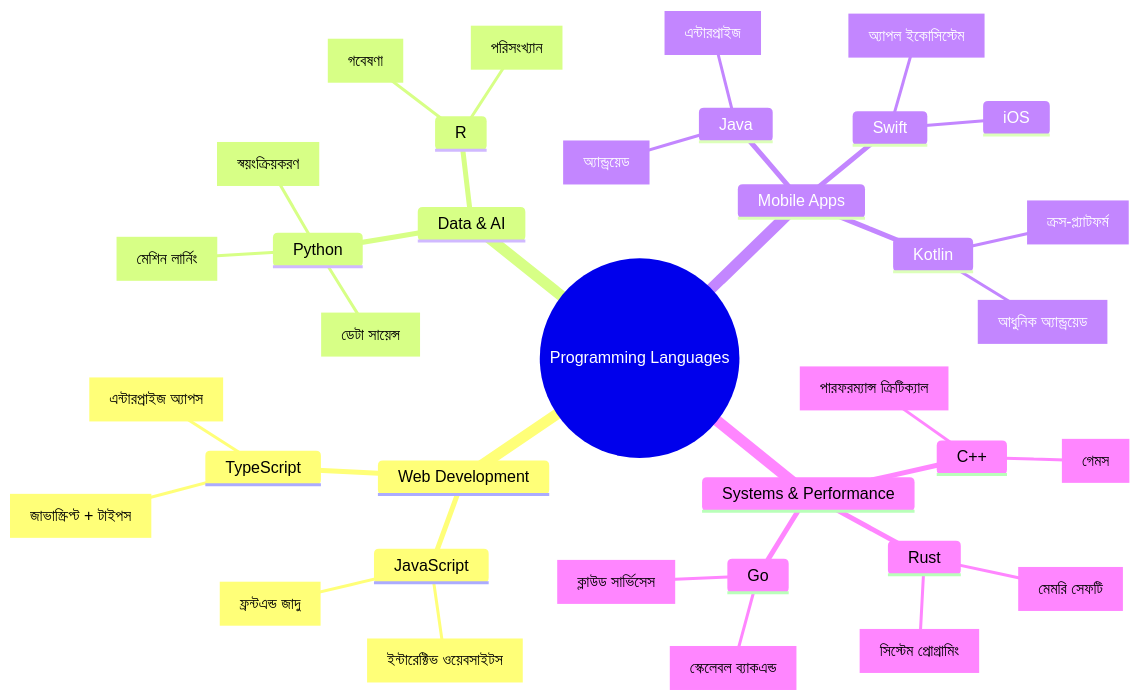
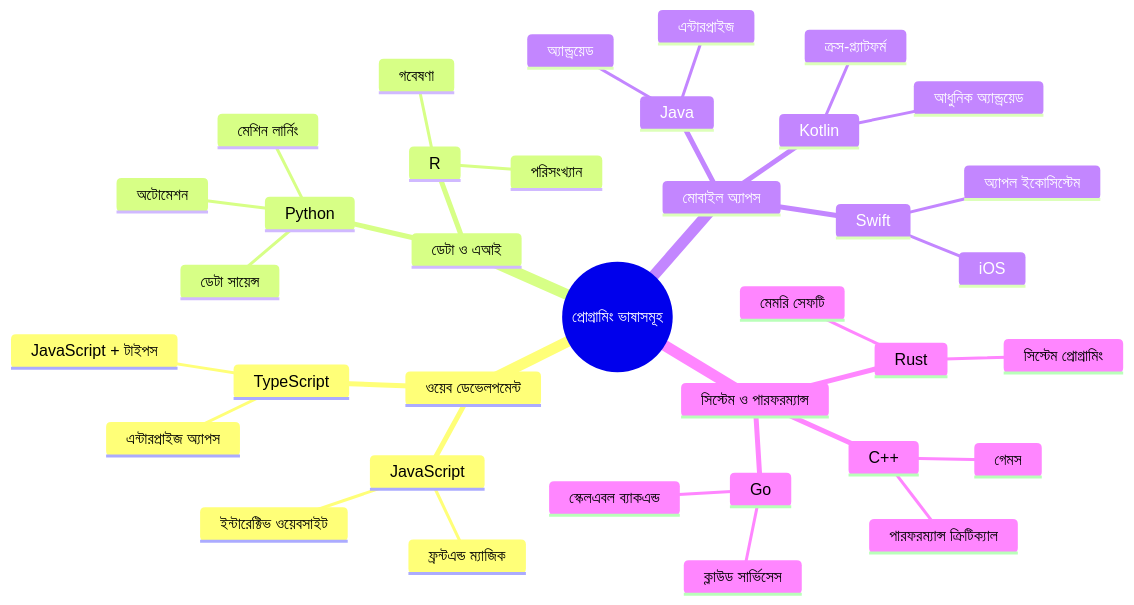
Before and after one commit to microsoft/Web-Dev-For-Beginners: the second of 7 diagrams in translations/bn/1-getting-started-lessons/1-intro-to-programming-languages/README.md, drawn with Mermaid. The commit also changed other lines of this file and 11 other files, not shown here.

````diff
--- a/translations/bn/1-getting-started-lessons/1-intro-to-programming-languages/README.md
+++ b/translations/bn/1-getting-started-lessons/1-intro-to-programming-languages/README.md
@@ -85,39 +85,39 @@
 ```mermaid
 mindmap
-  root((Programming Languages))
-    Web Development
+  root((প্রোগ্রামিং ভাষাসমূহ))
+    ওয়েব ডেভেলপমেন্ট
       JavaScript
-        Frontend Magic [ফ্রন্টএন্ড জাদু]
-        Interactive Websites [ইন্টারেক্টিভ ওয়েবসাইটস]
+        ফ্রন্টএন্ড ম্যাজিক
+        ইন্টারেক্টিভ ওয়েবসাইট
       TypeScript
-        JavaScript + Types [জাভাস্ক্রিপ্ট + টাইপস]
-        Enterprise Apps [এন্টারপ্রাইজ অ্যাপস]
-    Data & AI
+        JavaScript + টাইপস
+        এন্টারপ্রাইজ অ্যাপস
+    ডেটা ও এআই
       Python
-        Data Science [ডেটা সায়েন্স]
-        Machine Learning [মেশিন লার্নিং]
-        Automation [স্বয়ংক্রিয়করণ]
+        ডেটা সায়েন্স
+        মেশিন লার্নিং
+        অটোমেশন
       R
-        Statistics [পরিসংখ্যান]
-        Research [গবেষণা]
-    Mobile Apps
+        পরিসংখ্যান
+        গবেষণা
+    মোবাইল অ্যাপস
       Java
-        Android [অ্যান্ড্রয়েড]
-        Enterprise [এন্টারপ্রাইজ]
+        অ্যান্ড্রয়েড
+        এন্টারপ্রাইজ
       Swift
         iOS
-        Apple Ecosystem [অ্যাপল ইকোসিস্টেম]
+        অ্যাপল ইকোসিস্টেম
       Kotlin
-        Modern Android [আধুনিক অ্যান্ড্রয়েড]
-        Cross-platform [ক্রস-প্ল্যাটফর্ম]
-    Systems & Performance
+        আধুনিক অ্যান্ড্রয়েড
+        ক্রস-প্ল্যাটফর্ম
+    সিস্টেম ও পারফরম্যান্স
       C++
-        Games [গেমস]
-        Performance Critical [পারফরম্যান্স ক্রিটিক্যাল]
+        গেমস
+        পারফরম্যান্স ক্রিটিক্যাল
       Rust
-        Memory Safety [মেমরি সেফটি]
-        System Programming [সিস্টেম প্রোগ্রামিং]
+        মেমরি সেফটি
+        সিস্টেম প্রোগ্রামিং
       Go
-        Cloud Services [ক্লাউড সার্ভিসেস]
-        Scalable Backend [স্কেলেবল ব্যাকএন্ড]
+        ক্লাউড সার্ভিসেস
+        স্কেলএবল ব্যাকএন্ড
 ```
````
